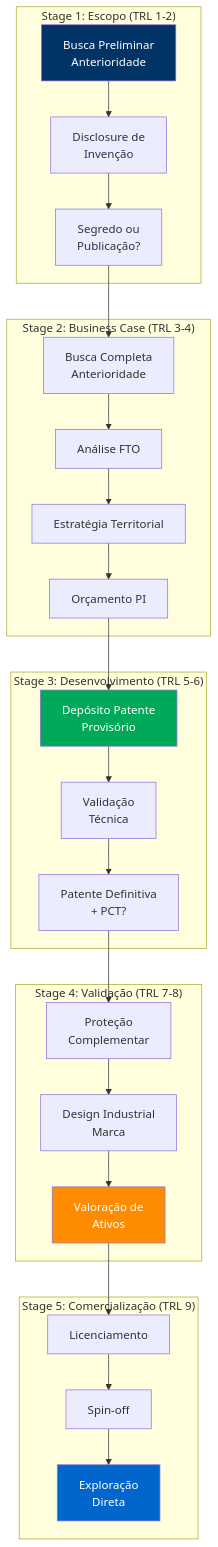
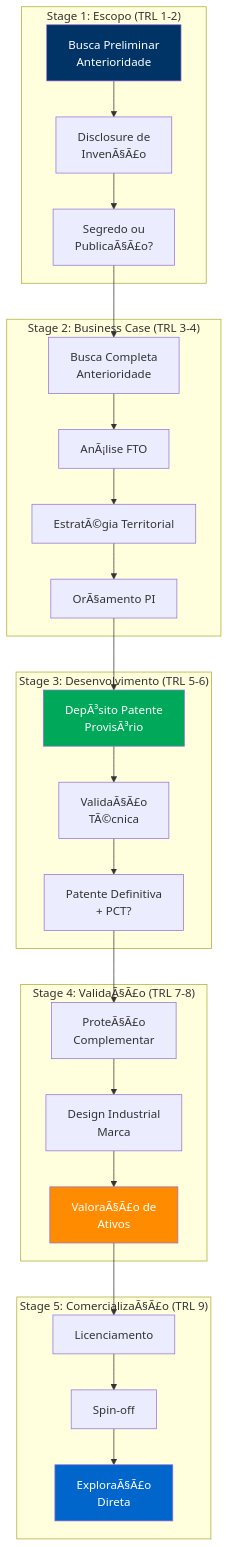
Before and after one commit to ldvsantos/cv: the fourth of 11 diagrams in aulas/ciencia_pi/SLIDES_QUARTO/Tema 05 - Gestao de Projetos inovacao/tema05_apresentacao/tema05_apresentacao.qmd, drawn with Mermaid. The commit also changed other lines of this file and 466 other files, not shown here.

````diff
--- a/aulas/ciencia_pi/SLIDES_QUARTO/Tema 05 - Gestao de Projetos inovacao/tema05_apresentacao/tema05_apresentacao.qmd
+++ b/aulas/ciencia_pi/SLIDES_QUARTO/Tema 05 - Gestao de Projetos inovacao/tema05_apresentacao/tema05_apresentacao.qmd
@@ -491,40 +490,40 @@
 ```{mermaid}
 %%| fig-width: 12
 %%| fig-height: 7
 graph TB
     subgraph "Stage 1: Escopo (TRL 1-2)"
-    A[Busca Preliminar<br/>Anterioridade] --> B[Disclosure de<br/>Invenção]
-    B --> C[Segredo ou<br/>Publicação?]
+    A[Busca Preliminar<br/>Anterioridade] --> B[Disclosure de<br/>InvenÃ§Ã£o]
+    B --> C[Segredo ou<br/>PublicaÃ§Ã£o?]
     end
     
     subgraph "Stage 2: Business Case (TRL 3-4)"
-    D[Busca Completa<br/>Anterioridade] --> E[Análise FTO]
-    E --> F[Estratégia Territorial]
-    F --> G[Orçamento PI]
+    D[Busca Completa<br/>Anterioridade] --> E[AnÃ¡lise FTO]
+    E --> F[EstratÃ©gia Territorial]
+    F --> G[OrÃ§amento PI]
     end
     
     subgraph "Stage 3: Desenvolvimento (TRL 5-6)"
-    H[Depósito Patente<br/>Provisório] --> I[Validação<br/>Técnica]
+    H[DepÃ³sito Patente<br/>ProvisÃ³rio] --> I[ValidaÃ§Ã£o<br/>TÃ©cnica]
     I --> J[Patente Definitiva<br/>+ PCT?]
     end
     
-    subgraph "Stage 4: Validação (TRL 7-8)"
-    K[Proteção<br/>Complementar] --> L[Design Industrial<br/>Marca]
-    L --> M[Valoração de<br/>Ativos]
+    subgraph "Stage 4: ValidaÃ§Ã£o (TRL 7-8)"
+    K[ProteÃ§Ã£o<br/>Complementar] --> L[Design Industrial<br/>Marca]
+    L --> M[ValoraÃ§Ã£o de<br/>Ativos]
     end
     
-    subgraph "Stage 5: Comercialização (TRL 9)"
+    subgraph "Stage 5: ComercializaÃ§Ã£o (TRL 9)"
     N[Licenciamento] --> O[Spin-off]
-    O --> P[Exploração<br/>Direta]
+    O --> P[ExploraÃ§Ã£o<br/>Direta]
     end
     
     C --> D
     G --> H
     J --> K
     M --> N
     
     style A fill:#003366,color:#fff
     style H fill:#00A859,color:#fff
     style M fill:#FF8C00,color:#fff
     style P fill:#0066CC,color:#fff
 ```
````
